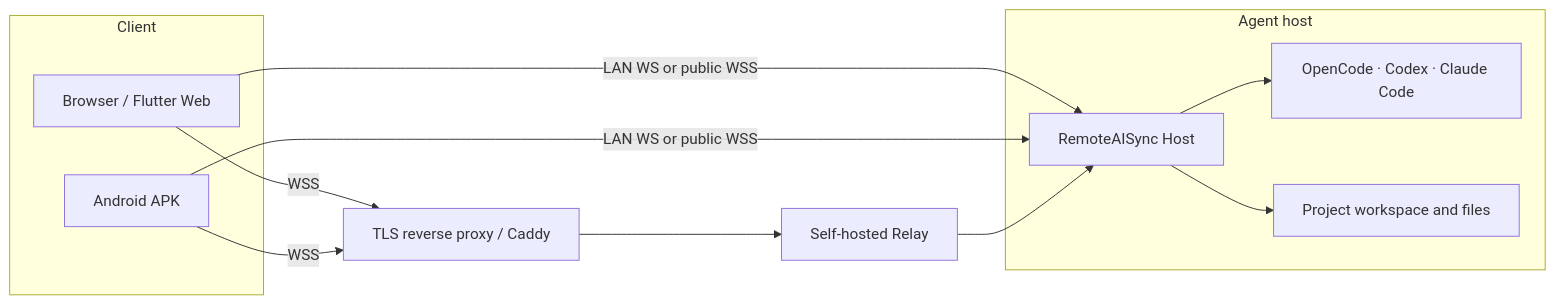
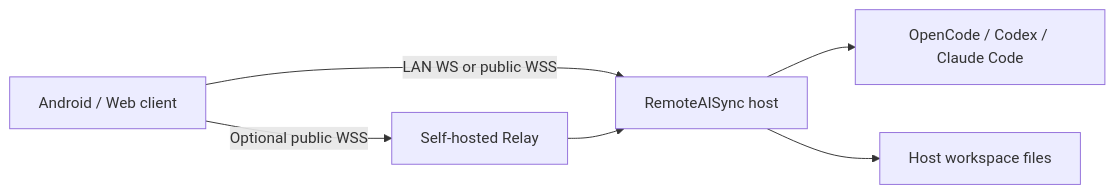
The diagram in README.en.md (xiaoshijourney/RemoteAISync), drawn with Mermaid before and after one commit. The commit also changed other lines of this file and 2 other files, not shown here.

Commit message:
docs: redesign project home and documentation index

````diff
--- a/README.en.md
+++ b/README.en.md
@@ -15,20 +27,8 @@
 ```mermaid
 flowchart LR
-  subgraph Client[Client]
-    Web[Browser / Flutter Web]
-    Android[Android APK]
-  end
-  subgraph Host[Agent host]
-    Bridge[RemoteAISync Host]
-    Agents[OpenCode · Codex · Claude Code]
-    Workspace[Project workspace and files]
-    Bridge --> Agents
-    Bridge --> Workspace
-  end
-  Relay[Self-hosted Relay]
-  TLS[TLS reverse proxy / Caddy]
-  Web -->|LAN WS or public WSS| Bridge
-  Android -->|LAN WS or public WSS| Bridge
-  Web -->|WSS| TLS --> Relay --> Bridge
-  Android -->|WSS| TLS
+  Client[Android / Web client] -->|LAN WS or public WSS| Host[RemoteAISync host]
+  Host --> Agent[OpenCode / Codex / Claude Code]
+  Client -->|Optional public WSS| Relay[Self-hosted Relay]
+  Relay --> Host
+  Host --> Files[Host workspace files]
 ```
````
